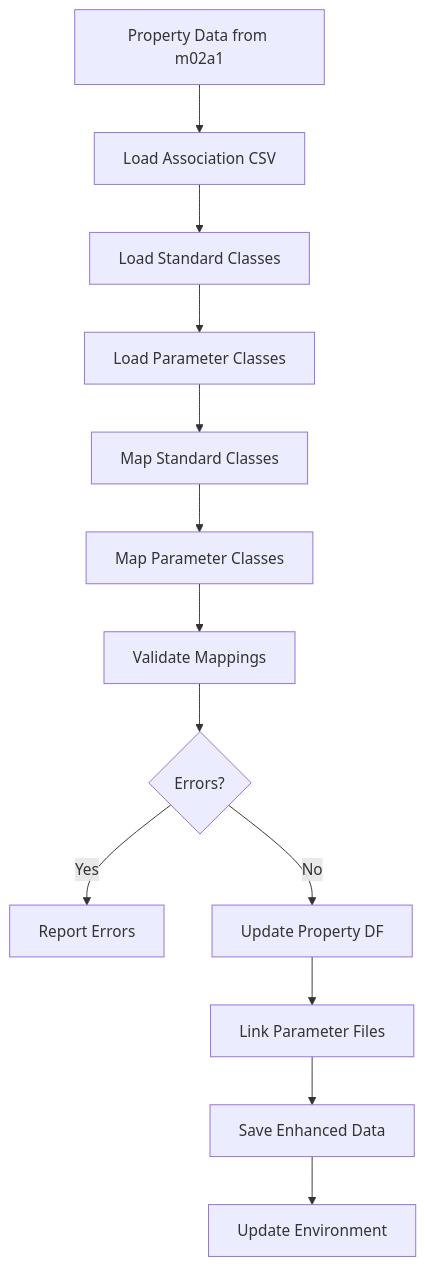
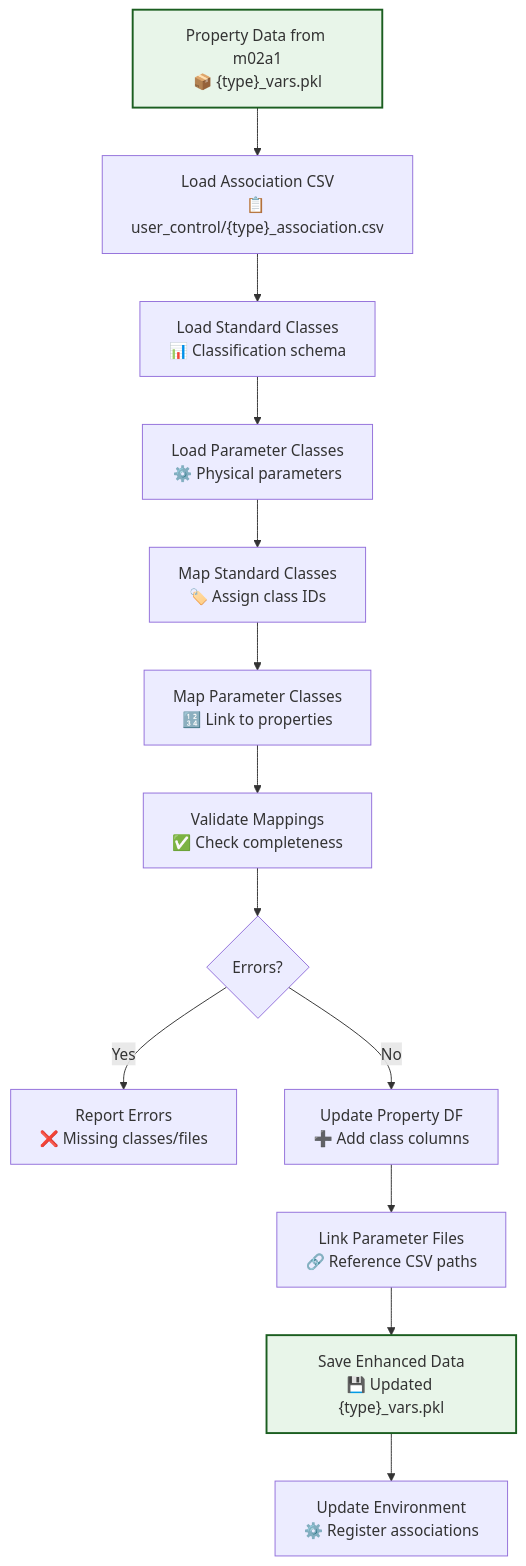
The diagram in docs/scripts/mains/m02a2_read_properties_association.md (sasa-misia/P-SLIP), drawn with Mermaid before and after one commit. The commit also changed 15 other files, not shown here.

Commit message:
docs: enhance documentation with detailed flowcharts and improve clarity in process descriptions

````diff
--- a/docs/scripts/mains/m02a2_read_properties_association.md
+++ b/docs/scripts/mains/m02a2_read_properties_association.md
@@ -314,15 +314,20 @@
 ```mermaid
 graph TD
-    A[Property Data from m02a1] --> B[Load Association CSV]
-    B --> C[Load Standard Classes]
-    C --> D[Load Parameter Classes]
-    D --> E[Map Standard Classes]
-    E --> F[Map Parameter Classes]
-    F --> G[Validate Mappings]
+    %% Property Association Flow
+    A["Property Data from m02a1<br/>📦 {type}_vars.pkl"] --> B["Load Association CSV<br/>📋 user_control/{type}_association.csv"]
+    B --> C["Load Standard Classes<br/>📊 Classification schema"]
+    C --> D["Load Parameter Classes<br/>⚙️ Physical parameters"]
+    D --> E["Map Standard Classes<br/>🏷️ Assign class IDs"]
+    E --> F["Map Parameter Classes<br/>🔢 Link to properties"]
+    F --> G["Validate Mappings<br/>✅ Check completeness"]
     G --> H{Errors?}
-    H -->|Yes| I[Report Errors]
-    H -->|No| J[Update Property DF]
-    J --> K[Link Parameter Files]
-    K --> L[Save Enhanced Data]
-    L --> M[Update Environment]
+    H -->|Yes| I["Report Errors<br/>❌ Missing classes/files"]
+    H -->|No| J["Update Property DF<br/>➕ Add class columns"]
+    J --> K["Link Parameter Files<br/>🔗 Reference CSV paths"]
+    K --> L["Save Enhanced Data<br/>💾 Updated {type}_vars.pkl"]
+    L --> M["Update Environment<br/>⚙️ Register associations"]
+    
+    %% Styling
+    style A fill:#e8f5e9,stroke:#1b5e20,stroke-width:2px
+    style L fill:#e8f5e9,stroke:#1b5e20,stroke-width:2px
 ```
````
